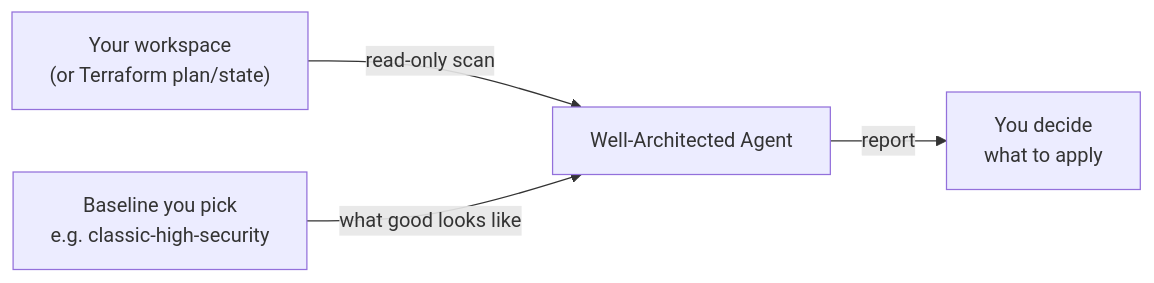
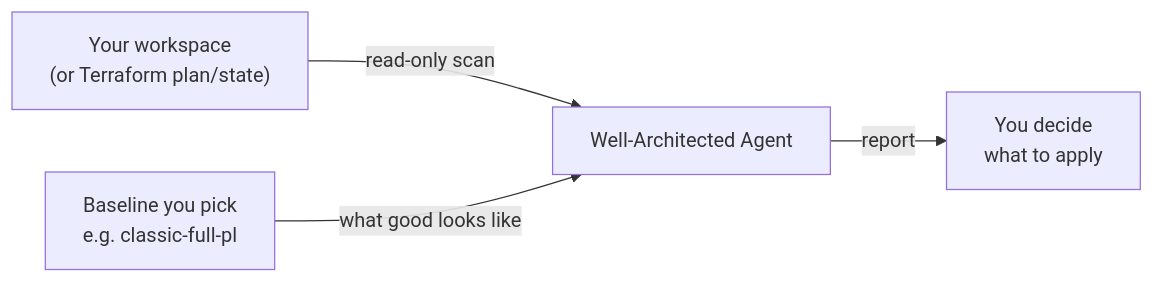
The first of 6 diagrams in well-architected-agent/GUIDE.md (bhavink/databricks), drawn with Mermaid before and after one commit. The commit also changed other lines of this file and 47 other files, not shown here.

First line of the commit message:
feat(wa-agent): one baseline set across clouds, hardening as options, required IP ranges, GCP serverless

````diff
--- a/well-architected-agent/GUIDE.md
+++ b/well-architected-agent/GUIDE.md
@@ -78,6 +78,6 @@
 ```mermaid
 flowchart LR
   WS["Your workspace<br/>(or Terraform plan/state)"] -->|"read-only scan"| AGENT["Well-Architected Agent"]
-  BASE["Baseline you pick<br/>e.g. classic-high-security"] -->|"what good looks like"| AGENT
+  BASE["Baseline you pick<br/>e.g. classic-full-pl"] -->|"what good looks like"| AGENT
   AGENT -->|"report"| YOU["You decide<br/>what to apply"]
 ```
````
